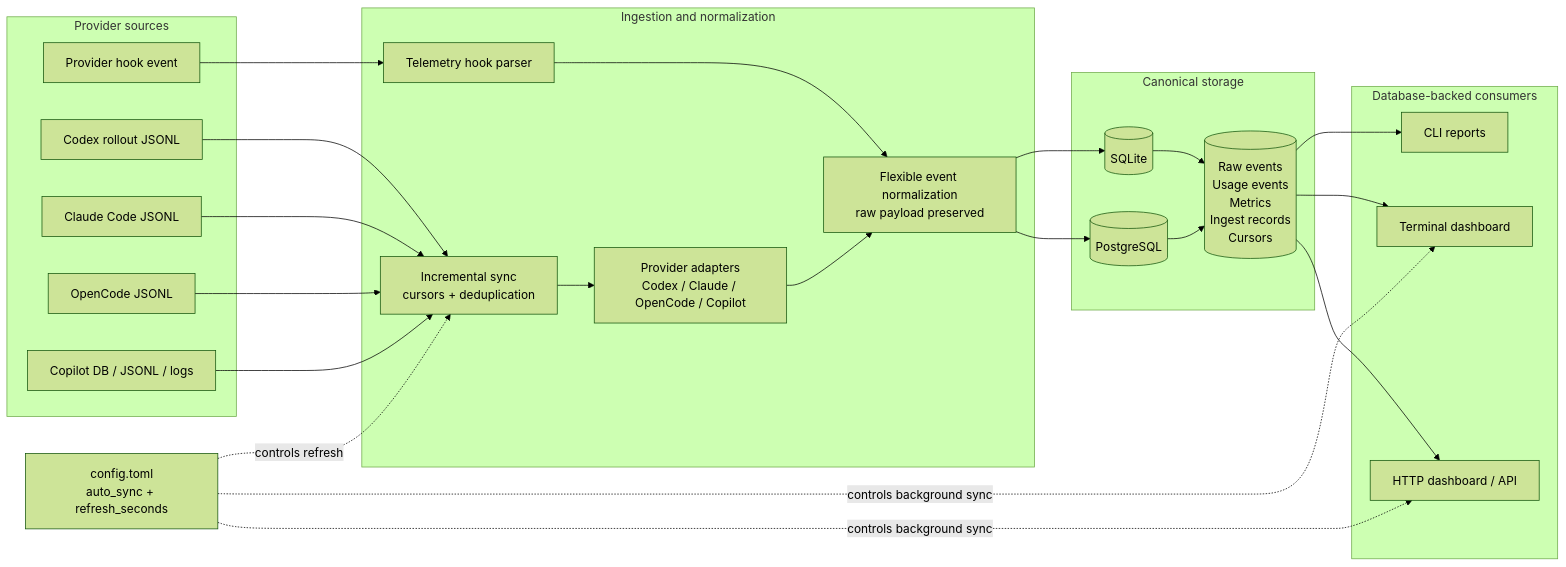
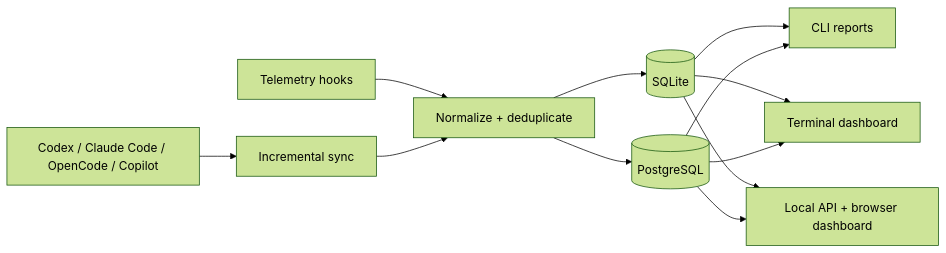
The diagram in README.md (binzhango/agentusage), drawn with Mermaid (forest theme) before and after one commit. The commit also changed other lines of this file and 9 other files, not shown here.

Commit message:
Ship stable usage dashboard experience

````diff
--- a/README.md
+++ b/README.md
@@ -38,49 +353,14 @@
 ```mermaid
 flowchart LR
-    subgraph Sources[Provider sources]
-        CodexFiles[Codex rollout JSONL]
-        ClaudeFiles[Claude Code JSONL]
-        OpenCodeFiles[OpenCode JSONL]
-        CopilotFiles[Copilot DB / JSONL / logs]
-        Hook[Provider hook event]
-    end
-
-    subgraph Ingestion[Ingestion and normalization]
-        Sync[Incremental sync<br/>cursors + deduplication]
-        Adapters[Provider adapters<br/>Codex / Claude / OpenCode / Copilot]
-        Telemetry[Telemetry hook parser]
-        Normalize[Flexible event normalization<br/>raw payload preserved]
-    end
-
-    subgraph Storage[Canonical storage]
-        SQLite[(SQLite)]
-        Postgres[(PostgreSQL)]
-        Tables[(Raw events<br/>Usage events<br/>Metrics<br/>Ingest records<br/>Cursors)]
-    end
-
-    subgraph Consumers[Database-backed consumers]
-        Commands[CLI reports]
-        TUI[Terminal dashboard]
-        Server[HTTP dashboard / API]
-    end
-
-    Config[config.toml<br/>auto_sync + refresh_seconds]
-
-    CodexFiles --> Sync
-    ClaudeFiles --> Sync
-    OpenCodeFiles --> Sync
-    CopilotFiles --> Sync
-    Hook --> Telemetry
-    Telemetry --> Normalize
-    Sync --> Adapters --> Normalize
-    Normalize --> SQLite
-    Normalize --> Postgres
-    SQLite --> Tables
-    Postgres --> Tables
-    Tables --> Commands
-    Tables --> TUI
-    Tables --> Server
-    Config -. controls refresh .-> Sync
-    Config -. controls background sync .-> TUI
-    Config -. controls background sync .-> Server
+    Sources[Codex / Claude Code / OpenCode / Copilot] --> Sync[Incremental sync]
+    Hooks[Telemetry hooks] --> Normalize[Normalize + deduplicate]
+    Sync --> Normalize
+    Normalize --> SQLite[(SQLite)]
+    Normalize --> PostgreSQL[(PostgreSQL)]
+    SQLite --> Reports[CLI reports]
+    SQLite --> TUI[Terminal dashboard]
+    SQLite --> Server[Local API + browser dashboard]
+    PostgreSQL --> Reports
+    PostgreSQL --> TUI
+    PostgreSQL --> Server
 ```
````
